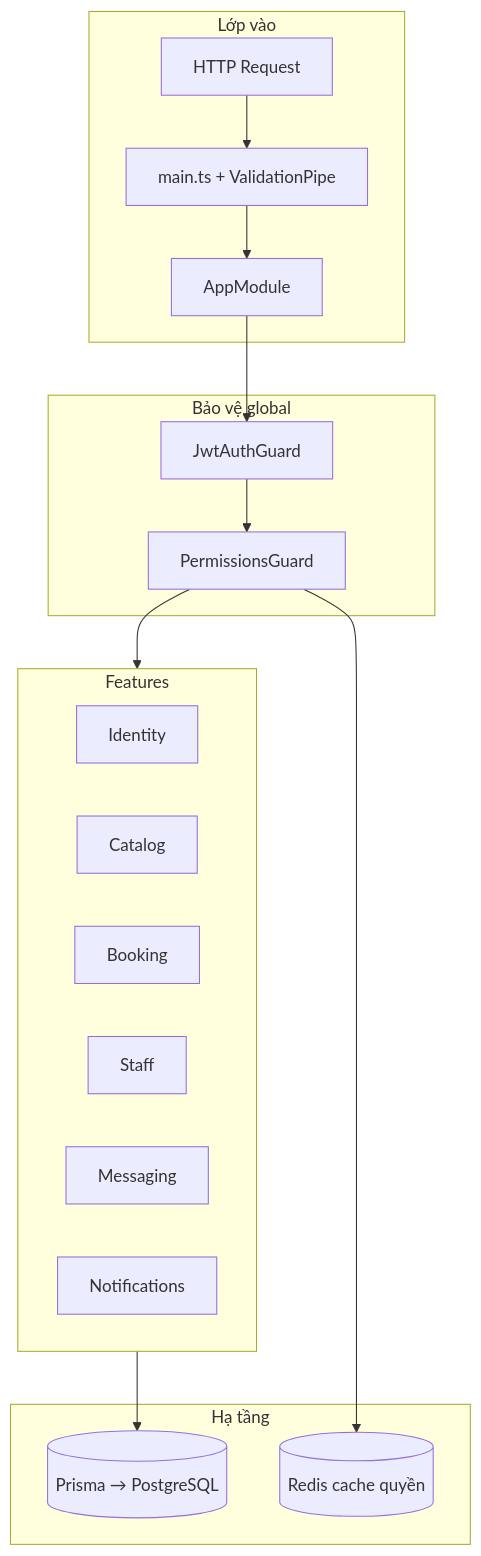
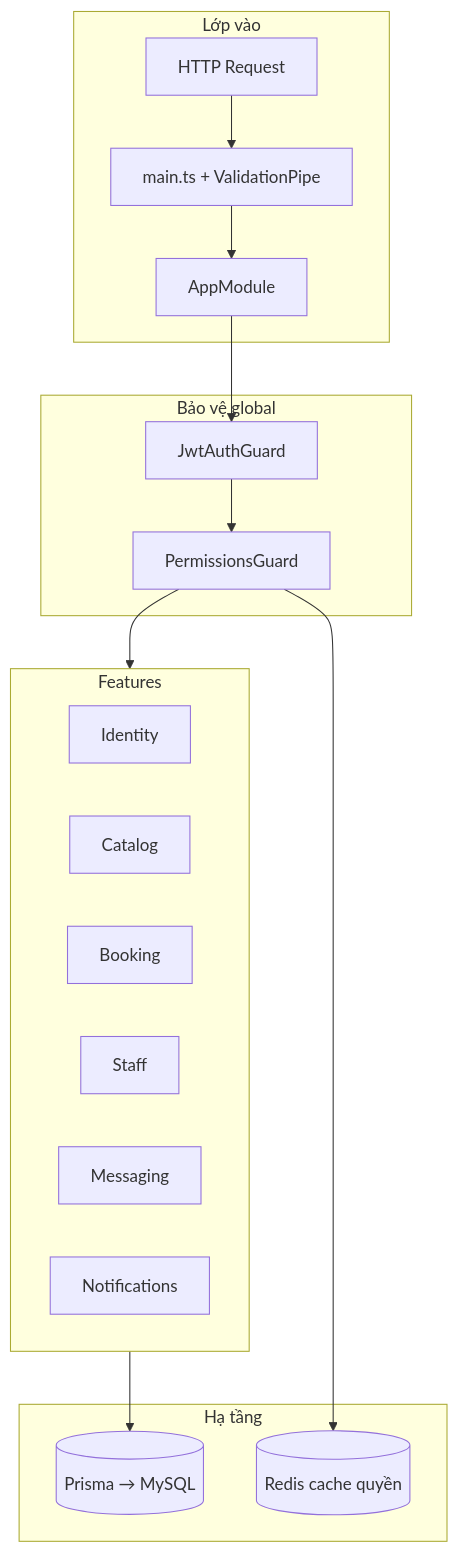
Before and after one commit to tuanhungg13/booking-glowora-be: the first of 2 diagrams in README.md, drawn with Mermaid. The commit also changed other lines of this file and 14 other files, not shown here.

````diff
--- a/README.md
+++ b/README.md
@@ -29,34 +29,34 @@
 ```mermaid
 flowchart TB
   subgraph entry["Lớp vào"]
     HTTP[HTTP Request]
     Main[main.ts + ValidationPipe]
     App[AppModule]
   end
 
   subgraph guards["Bảo vệ global"]
     JWT[JwtAuthGuard]
     PERM[PermissionsGuard]
   end
 
   subgraph infra["Hạ tầng"]
-    Prisma[(Prisma → PostgreSQL)]
+    Prisma[(Prisma → MySQL)]
     Redis[(Redis cache quyền)]
   end
 
   subgraph features["Features"]
     ID[Identity]
     CAT[Catalog]
     BK[Booking]
     ST[Staff]
     MSG[Messaging]
     NOT[Notifications]
   end
 
   HTTP --> Main --> App
   App --> JWT
   JWT --> PERM
   PERM --> features
   features --> Prisma
   PERM --> Redis
 ```
````
